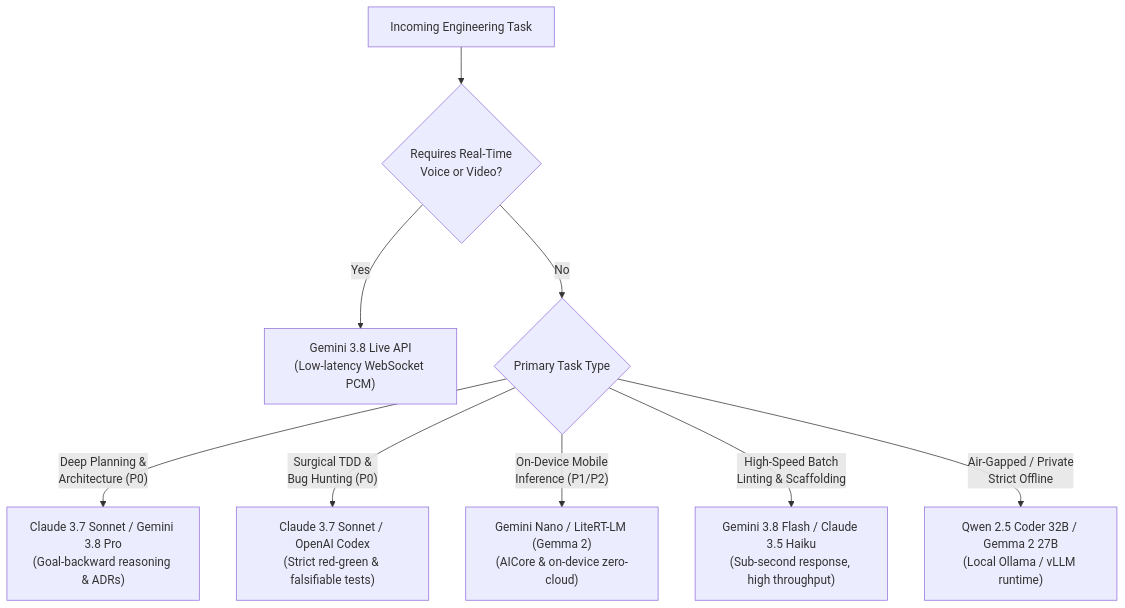
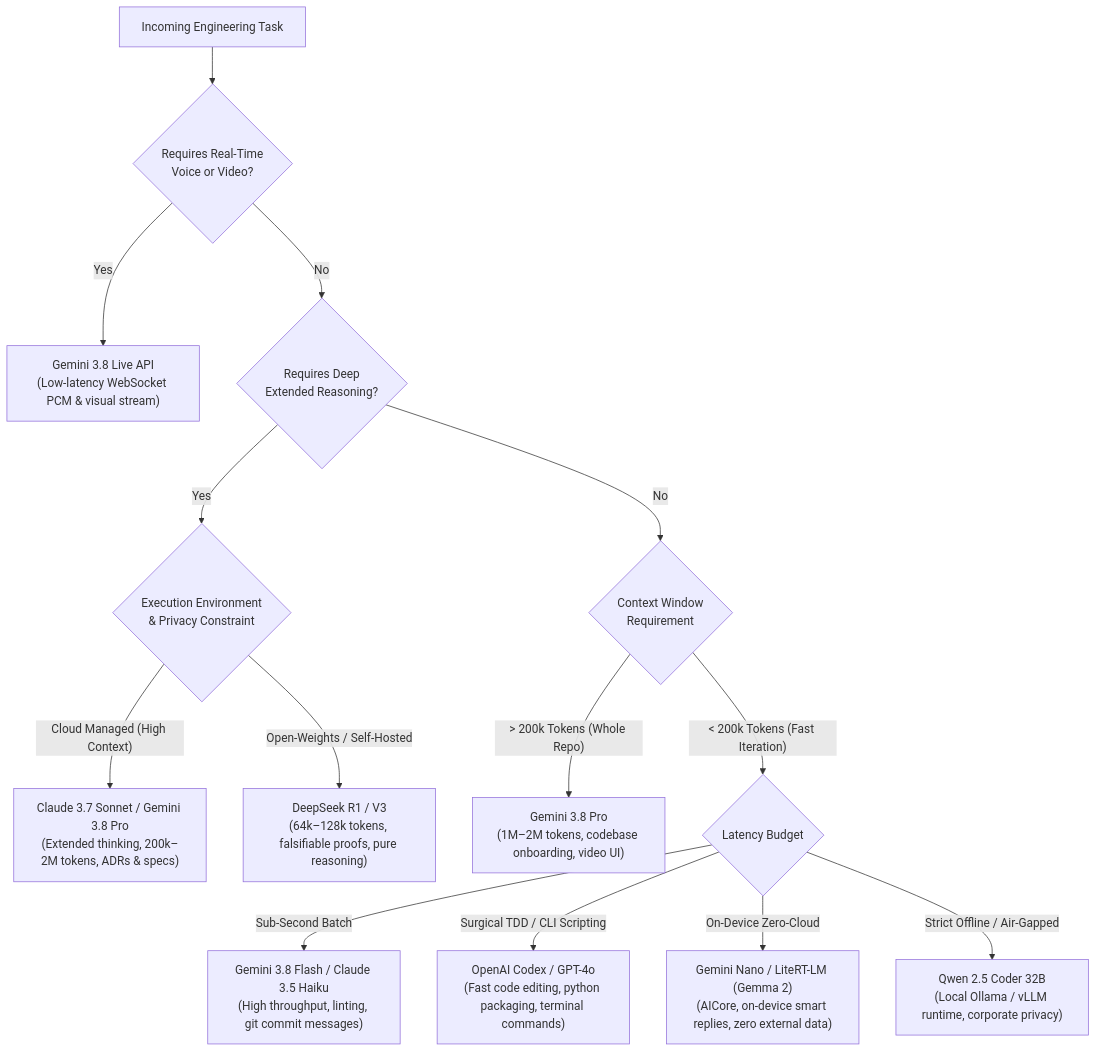
The diagram in docs/models/MODEL-ROUTING-MATRIX.md (Nownitya/Ai-Models-List), drawn with Mermaid before and after one commit. The commit also changed other lines of this file and 17 other files, not shown here.

````diff
--- a/docs/models/MODEL-ROUTING-MATRIX.md
+++ b/docs/models/MODEL-ROUTING-MATRIX.md
@@ -9,13 +9,20 @@
 ```mermaid
 flowchart TD
     Start["Incoming Engineering Task"] --> Modality{"Requires Real-Time\nVoice or Video?"}
     
-    Modality -- Yes --> LiveModel["Gemini 3.8 Live API\n(Low-latency WebSocket PCM)"]
-    Modality -- No --> TaskType{"Primary Task Type"}
+    Modality -- Yes --> LiveModel["Gemini 3.8 Live API\n(Low-latency WebSocket PCM & visual stream)"]
+    Modality -- No --> ReasoningDepth{"Requires Deep\nExtended Reasoning?"}
     
-    TaskType -- "Deep Planning &\nArchitecture (P0)" --> PlanModel["Claude 3.7 Sonnet / Gemini 3.8 Pro\n(Goal-backward reasoning & ADRs)"]
-    TaskType -- "Surgical TDD &\nBug Hunting (P0)" --> CodeModel["Claude 3.7 Sonnet / OpenAI Codex\n(Strict red-green & falsifiable tests)"]
-    TaskType -- "On-Device Mobile\nInference (P1/P2)" --> OnDevice["Gemini Nano / LiteRT-LM (Gemma 2)\n(AICore & on-device zero-cloud)"]
-    TaskType -- "High-Speed Batch\nLinting & Scaffolding" --> FastModel["Gemini 3.8 Flash / Claude 3.5 Haiku\n(Sub-second response, high throughput)"]
-    TaskType -- "Air-Gapped / Private\nStrict Offline" --> LocalModel["Qwen 2.5 Coder 32B / Gemma 2 27B\n(Local Ollama / vLLM runtime)"]
+    ReasoningDepth -- Yes --> PrivacyScope{"Execution Environment\n& Privacy Constraint"}
+    PrivacyScope -- "Cloud Managed (High Context)" --> ArchitectModel["Claude 3.7 Sonnet / Gemini 3.8 Pro\n(Extended thinking, 200k–2M tokens, ADRs & specs)"]
+    PrivacyScope -- "Open-Weights / Self-Hosted" --> DeepSeekModel["DeepSeek R1 / V3\n(64k–128k tokens, falsifiable proofs, pure reasoning)"]
+    
+    ReasoningDepth -- No --> ContextVolume{"Context Window\nRequirement"}
+    ContextVolume -- "> 200k Tokens (Whole Repo)" --> LongContext["Gemini 3.8 Pro\n(1M–2M tokens, codebase onboarding, video UI)"]
+    ContextVolume -- "< 200k Tokens (Fast Iteration)" --> FastTrack{"Latency Budget"}
+    
+    FastTrack -- "Sub-Second Batch" --> FlashModel["Gemini 3.8 Flash / Claude 3.5 Haiku\n(High throughput, linting, git commit messages)"]
+    FastTrack -- "Surgical TDD / CLI Scripting" --> CodexModel["OpenAI Codex / GPT-4o\n(Fast code editing, python packaging, terminal commands)"]
+    FastTrack -- "On-Device Zero-Cloud" --> EdgeModel["Gemini Nano / LiteRT-LM (Gemma 2)\n(AICore, on-device smart replies, zero external data)"]
+    FastTrack -- "Strict Offline / Air-Gapped" --> LocalModel["Qwen 2.5 Coder 32B\n(Local Ollama / vLLM runtime, corporate privacy)"]
 ```
````
